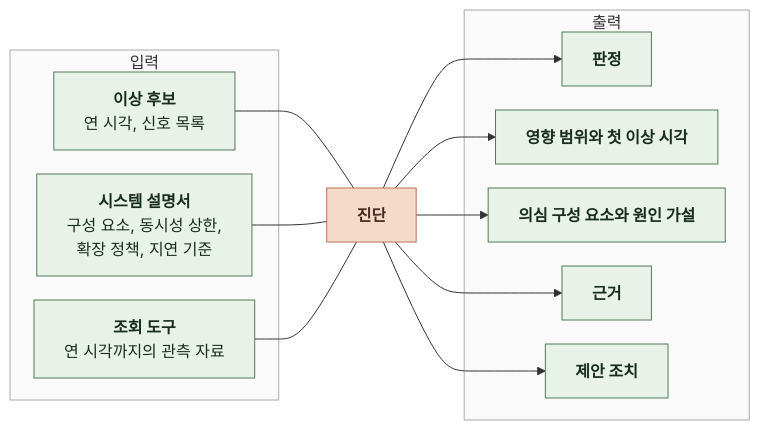
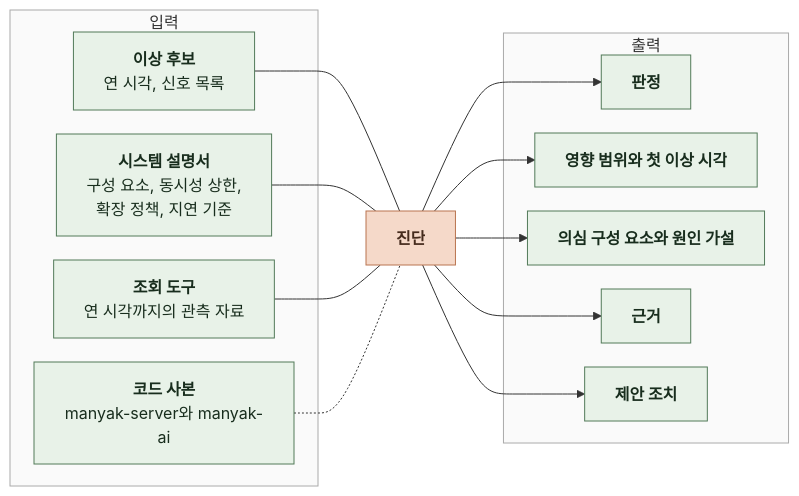
One commit to KIM-N-KANG/knk-harness changed the second of 3 diagrams in docs/domain/OBSERVABILITY/AI/3-TASK-DEFINITION.md. Above: the diagram before and after it, drawn with Mermaid. The commit also changed other lines of this file and 18 other files, not shown here.

````diff
--- a/docs/domain/OBSERVABILITY/AI/3-TASK-DEFINITION.md
+++ b/docs/domain/OBSERVABILITY/AI/3-TASK-DEFINITION.md
@@ -89,35 +91,38 @@
 ```mermaid
 %%{init: {"flowchart": {"curve": "basis", "nodeSpacing": 24, "rankSpacing": 48}}}%%
 flowchart LR
     subgraph IN["입력"]
         C["`**이상 후보**
 연 시각, 신호 목록`"]
         S["`**시스템 설명서**
 구성 요소, 동시성 상한,
 확장 정책, 지연 기준`"]
         T["`**조회 도구**
 연 시각까지의 관측 자료`"]
+        K["`**코드 사본**
+manyak-server와 manyak-ai`"]
     end
     A["`**진단**`"]
     subgraph OUT["출력"]
         V["`**판정**`"]
         I["`**영향 범위와 첫 이상 시각**`"]
         P["`**의심 구성 요소와 원인 가설**`"]
         E["`**근거**`"]
         X["`**제안 조치**`"]
     end
     C --- A
     S --- A
     T --- A
+    K -.- A
     A --> V
     A --> I
     A --> P
     A --> E
     A --> X
     classDef data fill:#E8F2E8,stroke:#527A59,color:#182D1D
     classDef model fill:#F5D9C9,stroke:#B97450,color:#452B1D
-    class C,S,T,V,I,P,E,X data
+    class C,S,T,K,V,I,P,E,X data
     class A model
     style IN fill:#FAFAFA,stroke:#AAAAAA
     style OUT fill:#FAFAFA,stroke:#AAAAAA
 ```
````
